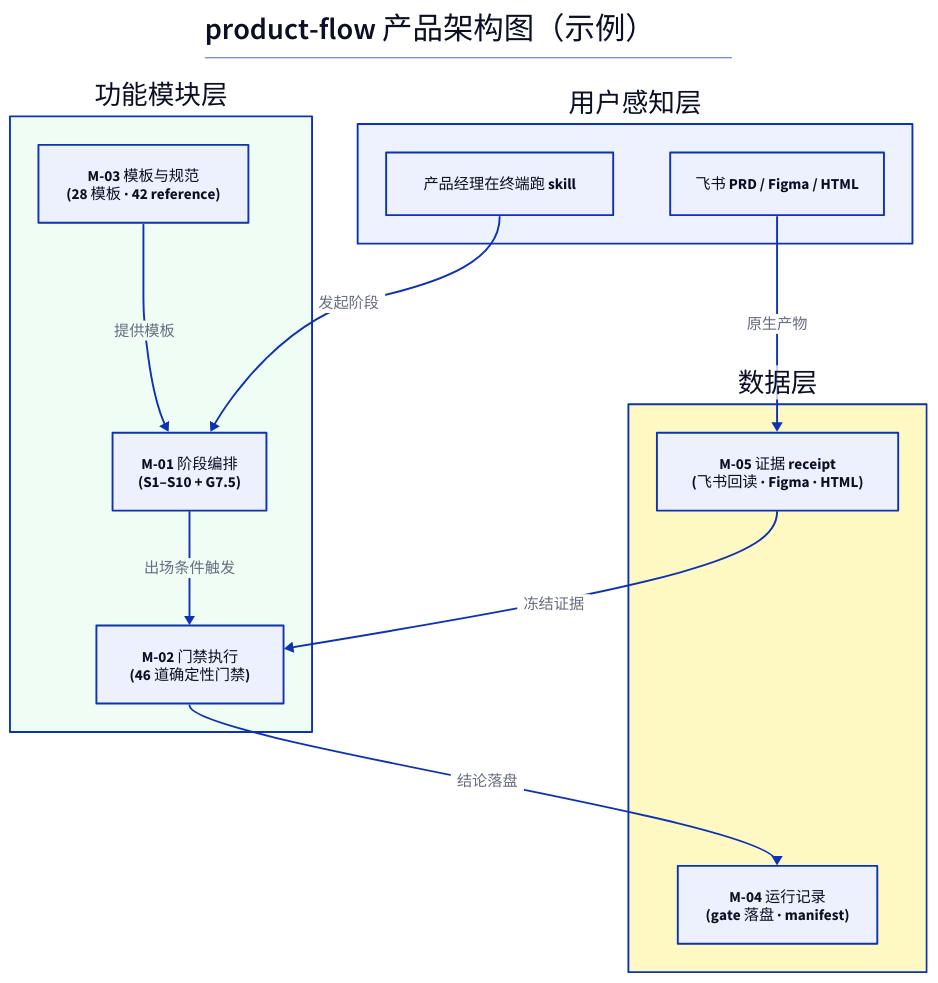
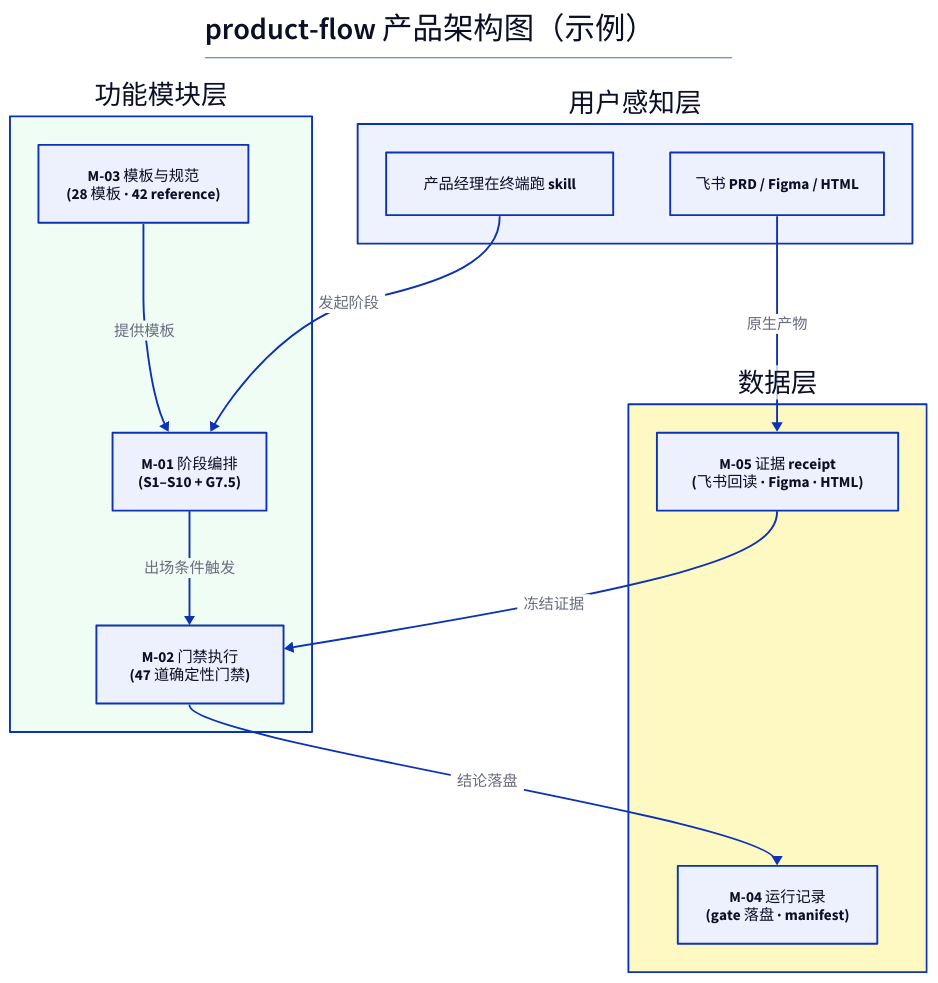
One commit to songyang753-cloud/sybuilder changed the diagram in skills/product-flow/templates/diagrams/product-architecture.example.d2. Above: the diagram before and after it, drawn with D2. The commit also changed 51 other files, not shown here.

```diff
--- a/skills/product-flow/templates/diagrams/product-architecture.example.d2
+++ b/skills/product-flow/templates/diagrams/product-architecture.example.d2
@@ -1,24 +1,24 @@
 title: |md # product-flow 产品架构图（示例） | {near: top-center}
 
 用户感知层: {
   style.fill: "#EEF2FF"
   CLI: "产品经理在终端跑 skill"
   DOC: "飞书 PRD / Figma / HTML"
 }
 功能模块层: {
   style.fill: "#F0FDF4"
   M-01: "M-01 阶段编排\n(S1–S10 + G7.5)"
-  M-02: "M-02 门禁执行\n(46 道确定性门禁)"
+  M-02: "M-02 门禁执行\n(47 道确定性门禁)"
   M-03: "M-03 模板与规范\n(28 模板 · 42 reference)"
 }
 数据层: {
   style.fill: "#FEF9C3"
   M-04: "M-04 运行记录\n(gate 落盘 · manifest)"
   M-05: "M-05 证据 receipt\n(飞书回读 · Figma · HTML)"
 }
 用户感知层.CLI -> 功能模块层.M-01: 发起阶段
 功能模块层.M-01 -> 功能模块层.M-02: 出场条件触发
 功能模块层.M-02 -> 数据层.M-04: 结论落盘
 功能模块层.M-03 -> 功能模块层.M-01: 提供模板
 数据层.M-05 -> 功能模块层.M-02: 冻结证据
 用户感知层.DOC -> 数据层.M-05: 原生产物
```
